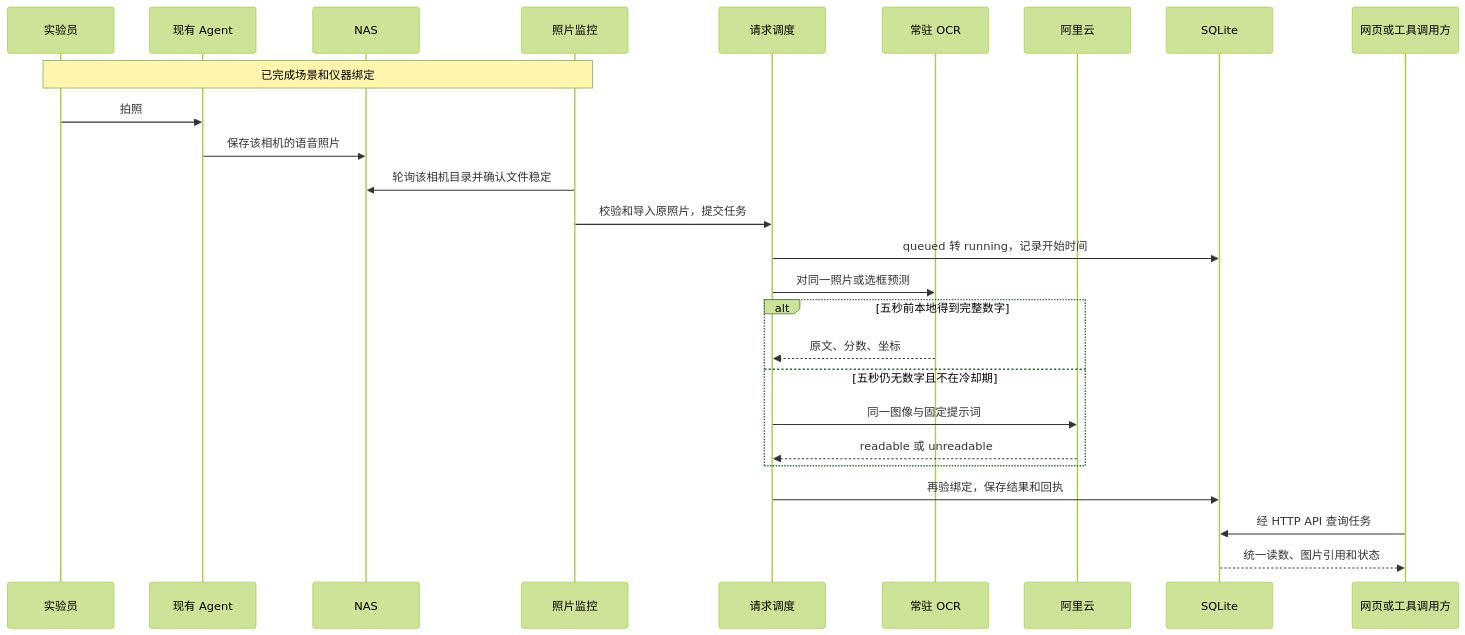
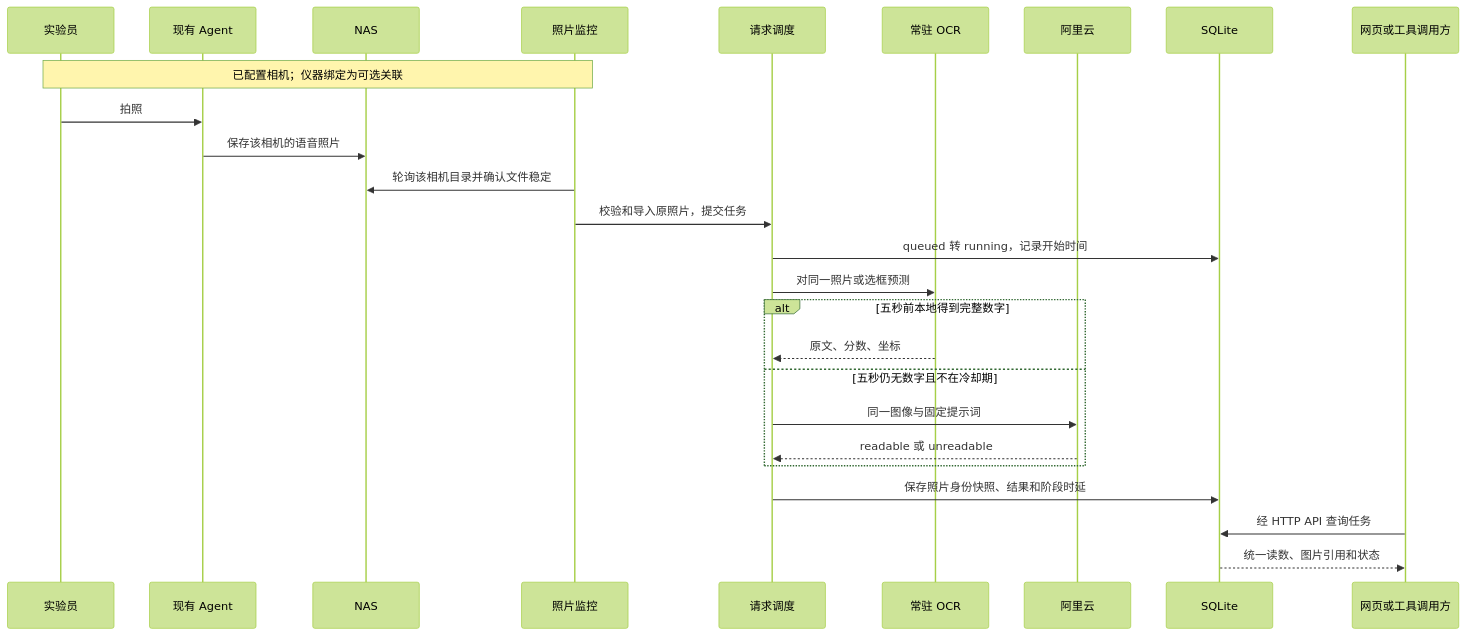
The second of 2 diagrams in 技术方案.md (kealan-Jun/FieldRecognition), drawn with Mermaid (forest theme) before and after one commit. The commit also changed other lines of this file and 25 other files, not shown here.

````diff
--- a/技术方案.md
+++ b/技术方案.md
@@ -590,28 +592,28 @@
 ```mermaid
 sequenceDiagram
     participant User as 实验员
     participant Agent as 现有 Agent
     participant NAS as NAS
     participant Watch as 照片监控
     participant Task as 请求调度
     participant OCR as 常驻 OCR
     participant Cloud as 阿里云
     participant DB as SQLite
     participant UI as 网页或工具调用方
-    Note over User,Watch: 已完成场景和仪器绑定
+    Note over User,Watch: 已配置相机；仪器绑定为可选关联
     User->>Agent: 拍照
     Agent->>NAS: 保存该相机的语音照片
     Watch->>NAS: 轮询该相机目录并确认文件稳定
     Watch->>Task: 校验和导入原照片，提交任务
     Task->>DB: queued 转 running，记录开始时间
     Task->>OCR: 对同一照片或选框预测
     alt 五秒前本地得到完整数字
         OCR-->>Task: 原文、分数、坐标
     else 五秒仍无数字且不在冷却期
         Task->>Cloud: 同一图像与固定提示词
         Cloud-->>Task: readable 或 unreadable
     end
-    Task->>DB: 再验绑定，保存结果和回执
+    Task->>DB: 保存照片身份快照、结果和阶段时延
     UI->>DB: 经 HTTP API 查询任务
     DB-->>UI: 统一读数、图片引用和状态
 ```
````
